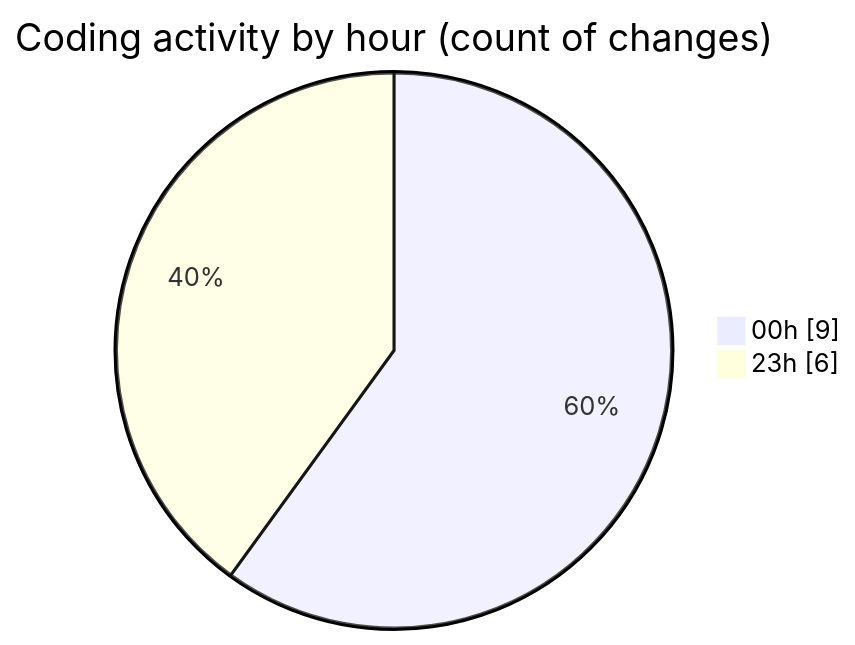
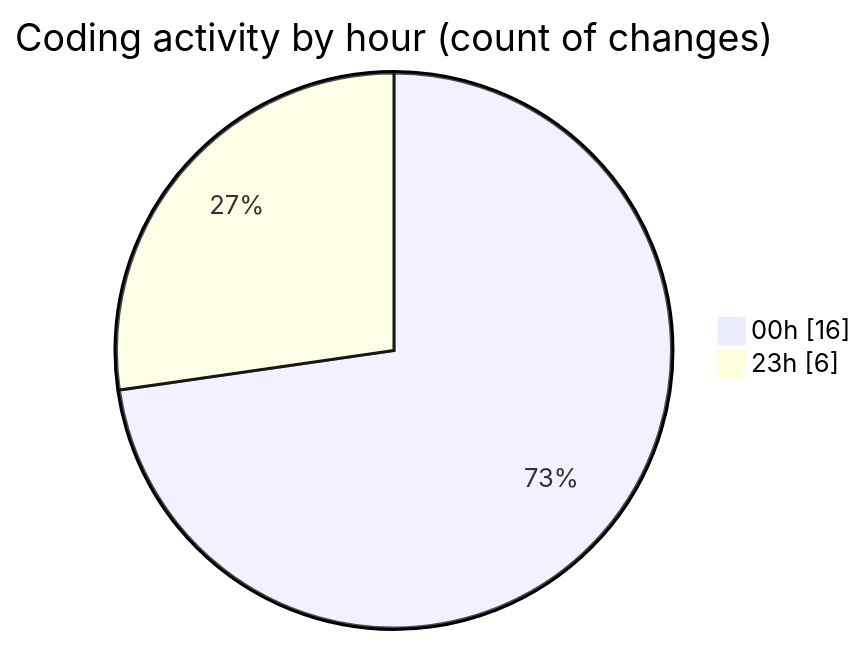
Before and after one commit to MatusMokan/code-tracking: the second of 2 diagrams in 2025-02-26/myws__workspace_/README.md, drawn with Mermaid. The commit also changed other lines of this file and 1 other file, not shown here.

````diff
--- a/2025-02-26/myws__workspace_/README.md
+++ b/2025-02-26/myws__workspace_/README.md
@@ -28,6 +28,6 @@
 ```mermaid
 pie showData
 title Coding activity by hour (count of changes)
-"00h" : 9
+"00h" : 16
 "23h" : 6
 ```
````
